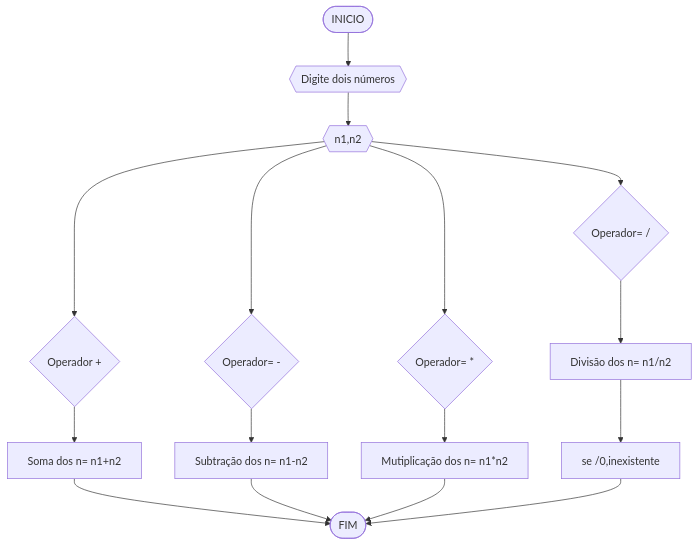
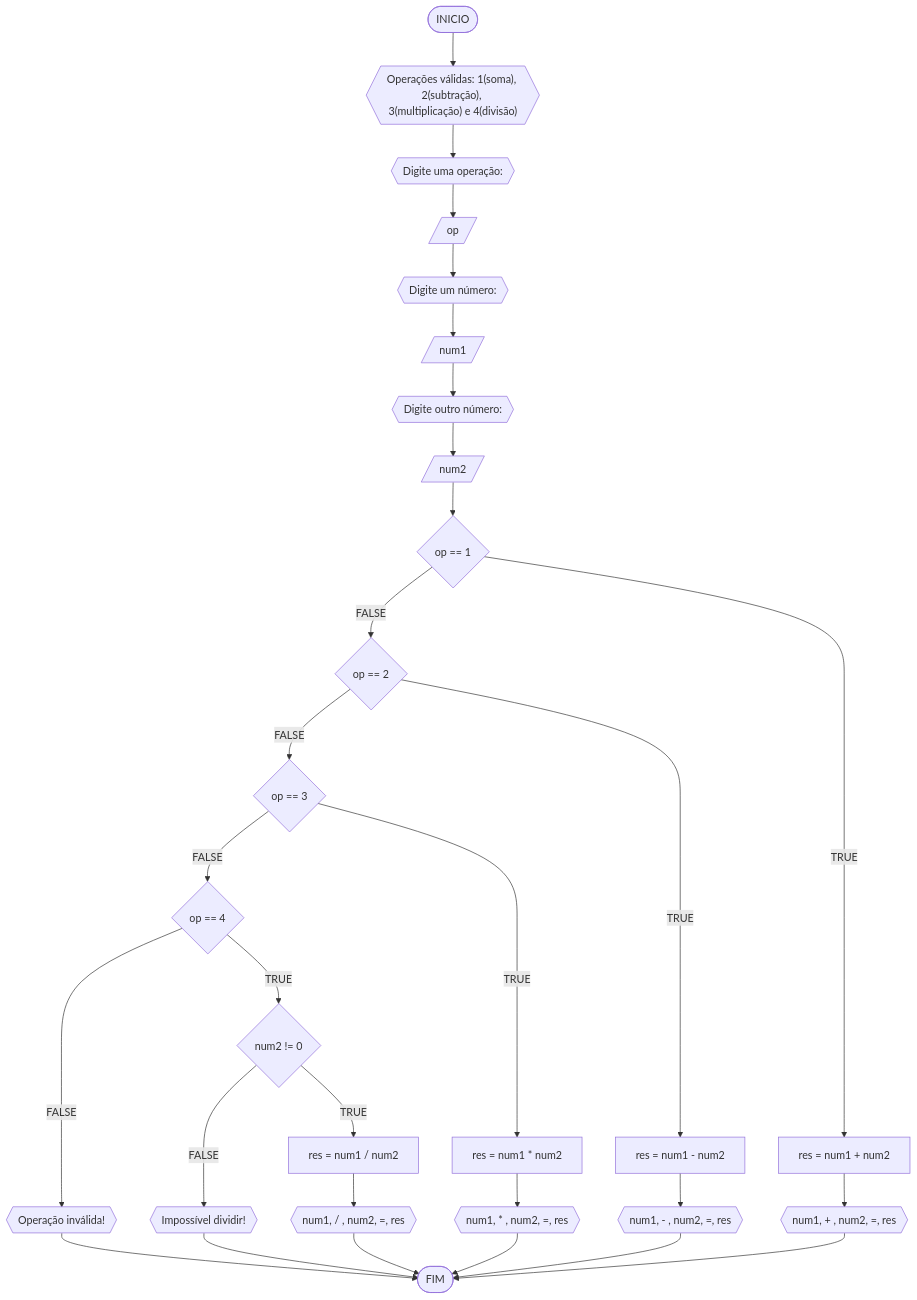
Before and after one commit to pedrotomezin/unifor: the fourth of 5 diagrams in RLA/Unidade1/lista2.md, drawn with Mermaid. The commit also changed other lines of this file, not shown here.

````diff
--- a/RLA/Unidade1/lista2.md
+++ b/RLA/Unidade1/lista2.md
@@ -167,18 +168,31 @@
 ```mermaid
 flowchart TD
-A([INICIO]) --> B{{"Digite dois números"}}
-B --> C{{n1,n2}}
-C --> D{Operador +}
-D --> E[Soma dos n= n1+n2]
-C --> F{Operador= -}
-F --> G[Subtração dos n= n1-n2]
-C --> H{Operador= *}
-H --> I[Mutiplicação dos n= n1*n2]
-C --> J{Operador= /}
-J --> K[Divisão dos n= n1/n2]
-K --> L[se /0,inexistente]
-E --> M([FIM])
-G --> M
-I --> M
-L --> M
+A([INICIO]) --> B{{"Operações válidas: 1(soma), 2(subtração), 3(multiplicação) e 4(divisão)"}}
+B --> C{{Digite uma operação:}}
+C --> D[/op/]
+D --> E{{Digite um número:}}
+E --> F[/num1/]
+F --> G{{Digite outro número:}}
+G --> H[/num2/]
+H --> I{op == 1}
+I --FALSE--> J{op == 2}
+J --FALSE--> L{op == 3}
+L --FALSE--> O{op == 4}
+O --FALSE--> Q{{Operação inválida!}}
+Q --> R([FIM])
+I --TRUE--> M[res = num1 + num2]
+M --> S{{num1, + , num2, =, res}}
+J --TRUE--> K[res = num1 - num2]
+K --> T{{num1, - , num2, =, res}}
+L --TRUE--> N[res = num1 * num2]
+N --> U{{num1, * , num2, =, res}}
+O --TRUE--> P{num2 != 0}
+P --FALSE--> X{{Impossível dividir!}}
+P --TRUE--> Z[res = num1 / num2]
+Z --> V{{num1, / , num2, =, res}}
+X --> R
+S --> R
+T --> R
+U --> R
+V --> R
 ```
````
